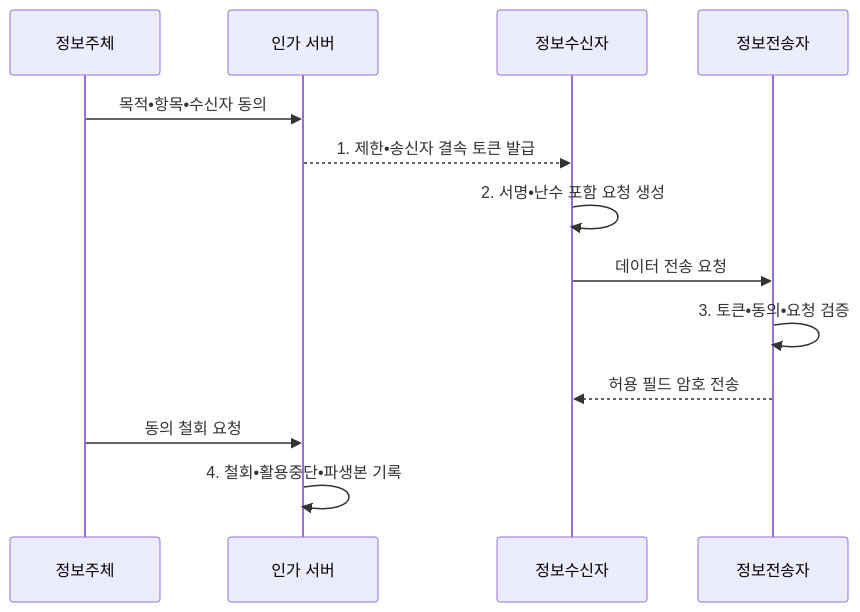
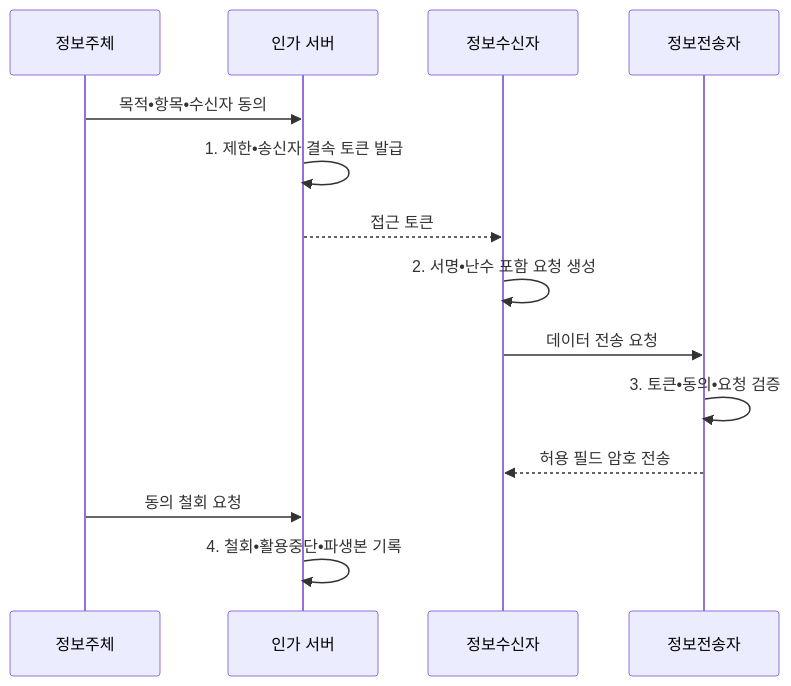
Before and after one commit to agnusdei1207/knowledge-base: the second of 2 diagrams in src/content/docs/notes/05-security/099_mydata_service_security.md, drawn with Mermaid. The commit also changed other lines of this file and 14 other files, not shown here.

````diff
--- a/src/content/docs/notes/05-security/099_mydata_service_security.md
+++ b/src/content/docs/notes/05-security/099_mydata_service_security.md
@@ -100,15 +100,16 @@
 ```mermaid
 sequenceDiagram
     participant U as 정보주체
     participant A as 인가 서버
     participant R as 정보수신자
     participant H as 정보전송자
     U->>A: 목적•항목•수신자 동의
-    A-->>R: 1. 제한•송신자 결속 토큰 발급
+    A->>A: 1. 제한•송신자 결속 토큰 발급
+    A-->>R: 접근 토큰
     R->>R: 2. 서명•난수 포함 요청 생성
     R->>H: 데이터 전송 요청
     H->>H: 3. 토큰•동의•요청 검증
     H-->>R: 허용 필드 암호 전송
     U->>A: 동의 철회 요청
     A->>A: 4. 철회•활용중단•파생본 기록
 ```
````
